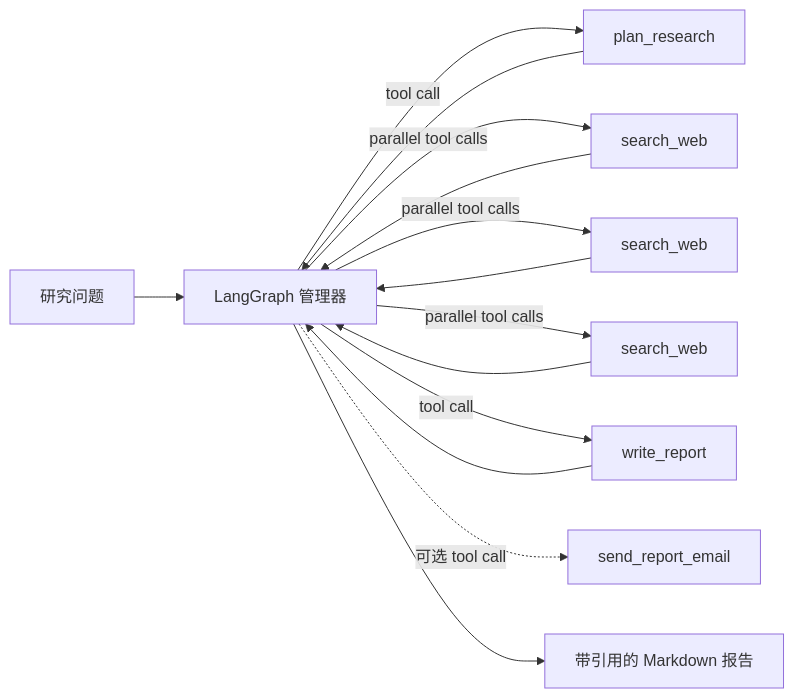
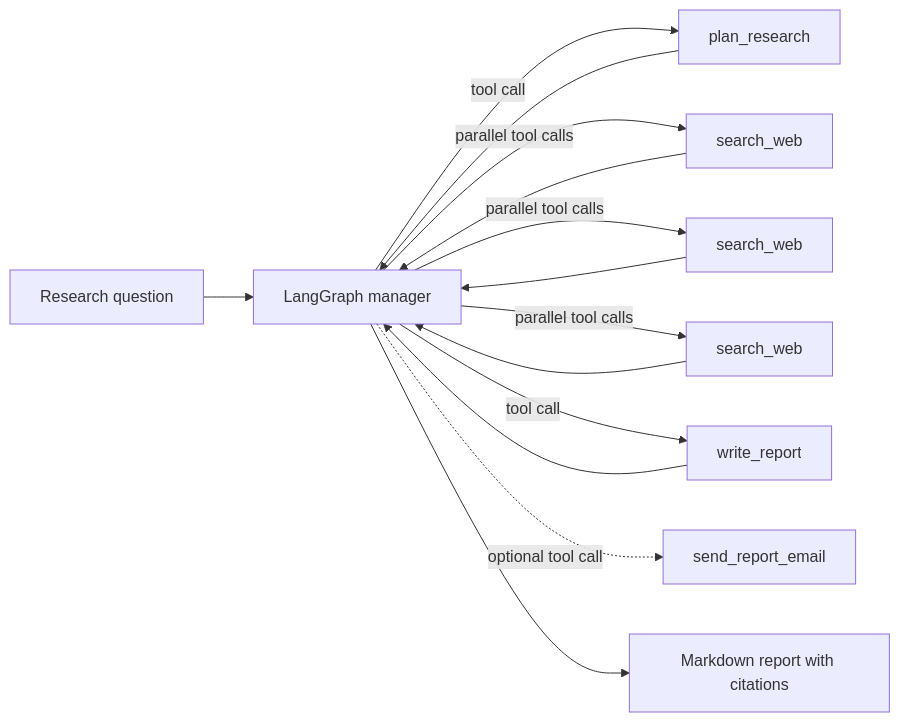
Before and after one commit to GU143312/deep-research-via-tools: the diagram in subgroup2/README.md, drawn with Mermaid. The commit also changed other lines of this file and 2 other files, not shown here.

Commit message:
Document LangGraph contributions in English

````diff
--- a/subgroup2/README.md
+++ b/subgroup2/README.md
@@ -13,16 +27,16 @@
 ```mermaid
 flowchart LR
-    U[研究问题] --> M[LangGraph 管理器]
+    U[Research question] --> M[LangGraph manager]
     M -->|tool call| P[plan_research]
     P --> M
     M -->|parallel tool calls| S1[search_web]
     M -->|parallel tool calls| S2[search_web]
     M -->|parallel tool calls| SN[search_web]
     S1 --> M
     S2 --> M
     SN --> M
     M -->|tool call| W[write_report]
     W --> M
-    M -. 可选 tool call .-> E[send_report_email]
-    M --> R[带引用的 Markdown 报告]
+    M -. optional tool call .-> E[send_report_email]
+    M --> R[Markdown report with citations]
 ```
````
